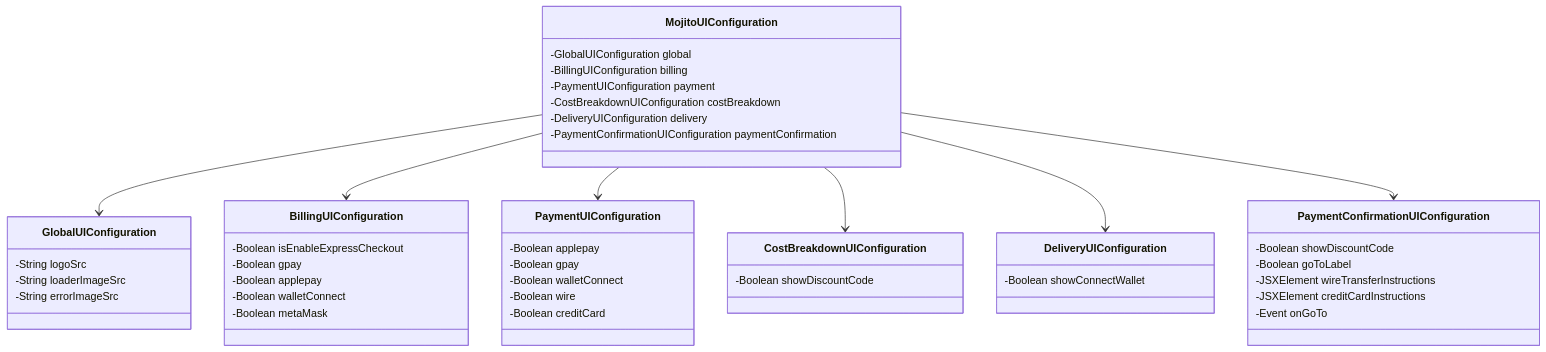
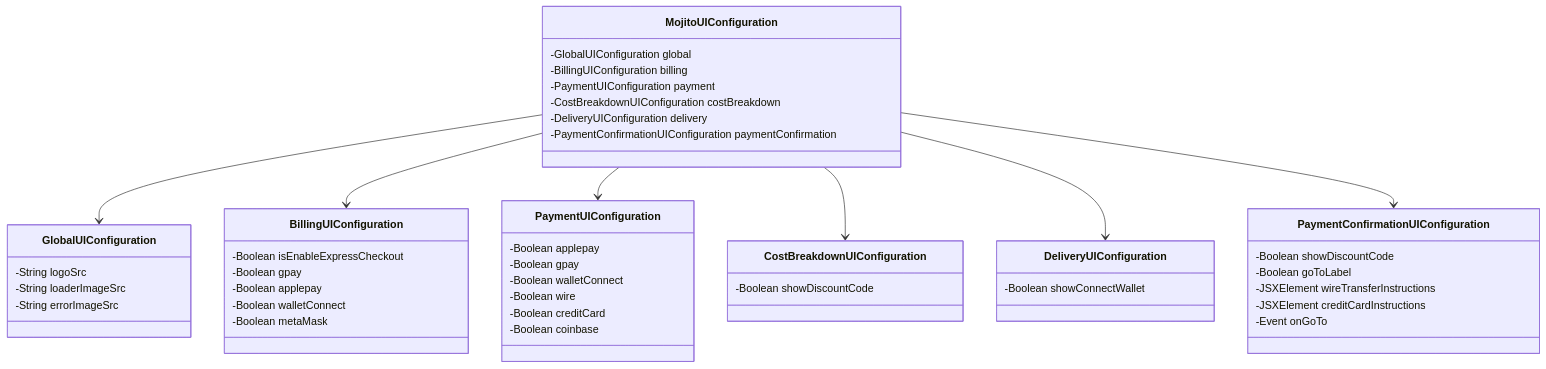
The diagram in architecture/architecture-class-configuration.mmd (mojitoinc/mojito-mixer-v2), drawn with Mermaid before and after one commit. The commit also changed 1 other file, not shown here.

```diff
--- a/architecture/architecture-class-configuration.mmd
+++ b/architecture/architecture-class-configuration.mmd
@@ -1,52 +1,53 @@
 classDiagram
 
 MojitoUIConfiguration --> GlobalUIConfiguration
 MojitoUIConfiguration --> BillingUIConfiguration
 MojitoUIConfiguration --> PaymentUIConfiguration
 MojitoUIConfiguration --> CostBreakdownUIConfiguration
 MojitoUIConfiguration --> DeliveryUIConfiguration
 MojitoUIConfiguration --> PaymentConfirmationUIConfiguration
 
 class MojitoUIConfiguration {
     -GlobalUIConfiguration global
     -BillingUIConfiguration billing
     -PaymentUIConfiguration payment
     -CostBreakdownUIConfiguration costBreakdown
     -DeliveryUIConfiguration delivery
     -PaymentConfirmationUIConfiguration paymentConfirmation
 }
 
 class GlobalUIConfiguration {
     -String logoSrc
     -String loaderImageSrc
     -String errorImageSrc
 }
 
 class BillingUIConfiguration {
     -Boolean isEnableExpressCheckout
     -Boolean gpay
     -Boolean applepay
     -Boolean walletConnect
     -Boolean metaMask
 }
 class PaymentUIConfiguration {
     -Boolean applepay
     -Boolean gpay
     -Boolean walletConnect
     -Boolean wire
     -Boolean creditCard
+    -Boolean coinbase
 }
 class CostBreakdownUIConfiguration {
     -Boolean showDiscountCode
 }
 class PaymentConfirmationUIConfiguration {
     -Boolean showDiscountCode
     -Boolean goToLabel
     -JSXElement wireTransferInstructions
     -JSXElement creditCardInstructions
     -Event onGoTo
 }
 
 class DeliveryUIConfiguration {
     -Boolean showConnectWallet
 }
```
